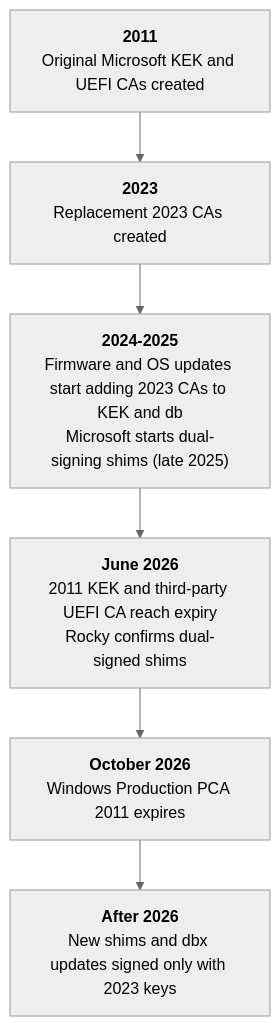
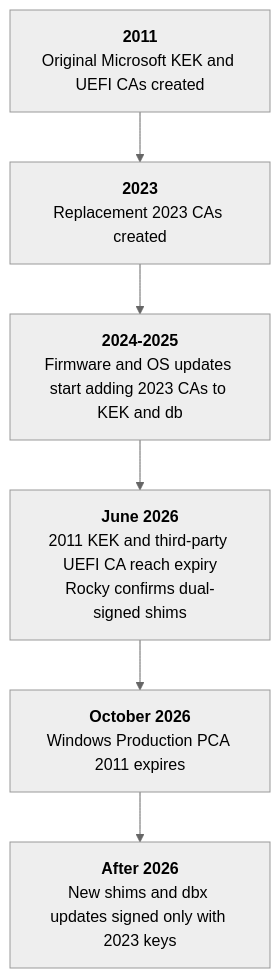
One commit to ssimpson89/LinuxTrainingCourse changed the sixth of 6 diagrams in content/29-secure-boot-and-drivers.md. Above: the diagram before and after it, drawn with Mermaid (neutral theme). The commit also changed other lines of this file and 99 other files, not shown here.

````diff
--- a/content/29-secure-boot-and-drivers.md
+++ b/content/29-secure-boot-and-drivers.md
@@ -740,10 +748,10 @@
 ```mermaid
 flowchart TB
     T0["<b>2011</b><br/>Original Microsoft KEK and UEFI CAs created"]
     T1["<b>2023</b><br/>Replacement 2023 CAs created"]
-    T2["<b>2024-2025</b><br/>Firmware and OS updates start adding 2023 CAs to KEK and db<br/>Microsoft starts dual-signing shims (late 2025)"]
+    T2["<b>2024-2025</b><br/>Firmware and OS updates start adding 2023 CAs to KEK and db"]
     T3["<b>June 2026</b><br/>2011 KEK and third-party UEFI CA reach expiry<br/>Rocky confirms dual-signed shims"]
     T4["<b>October 2026</b><br/>Windows Production PCA 2011 expires"]
     T5["<b>After 2026</b><br/>New shims and dbx updates signed only with 2023 keys"]
     T0 --> T1 --> T2 --> T3 --> T4 --> T5
 ```
````
